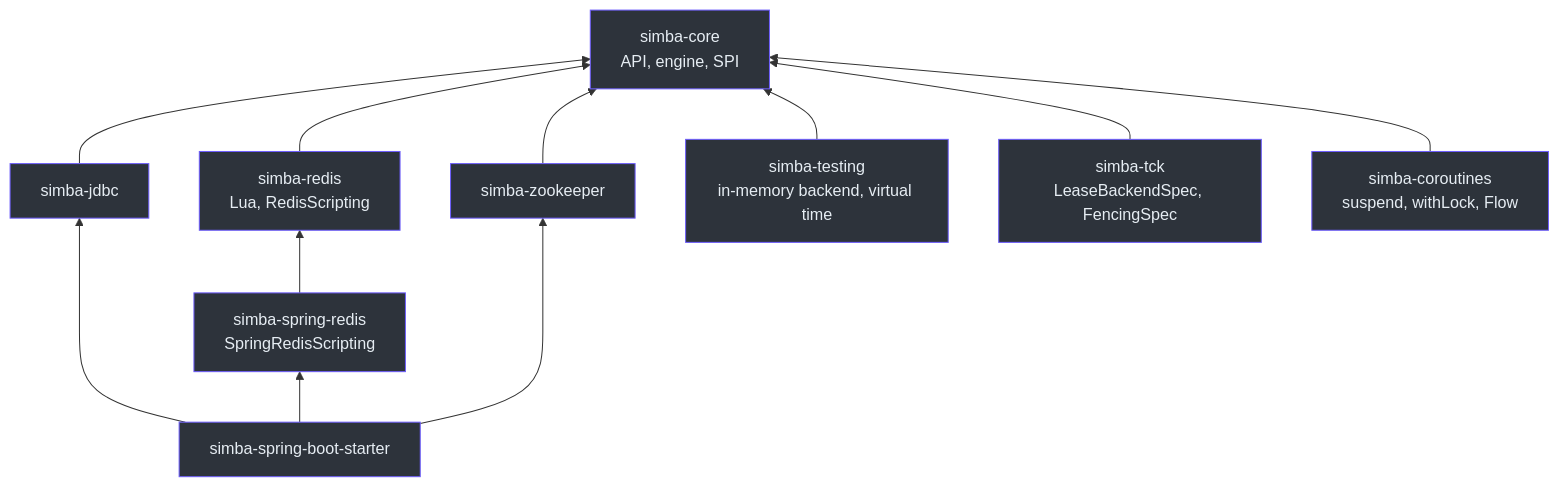
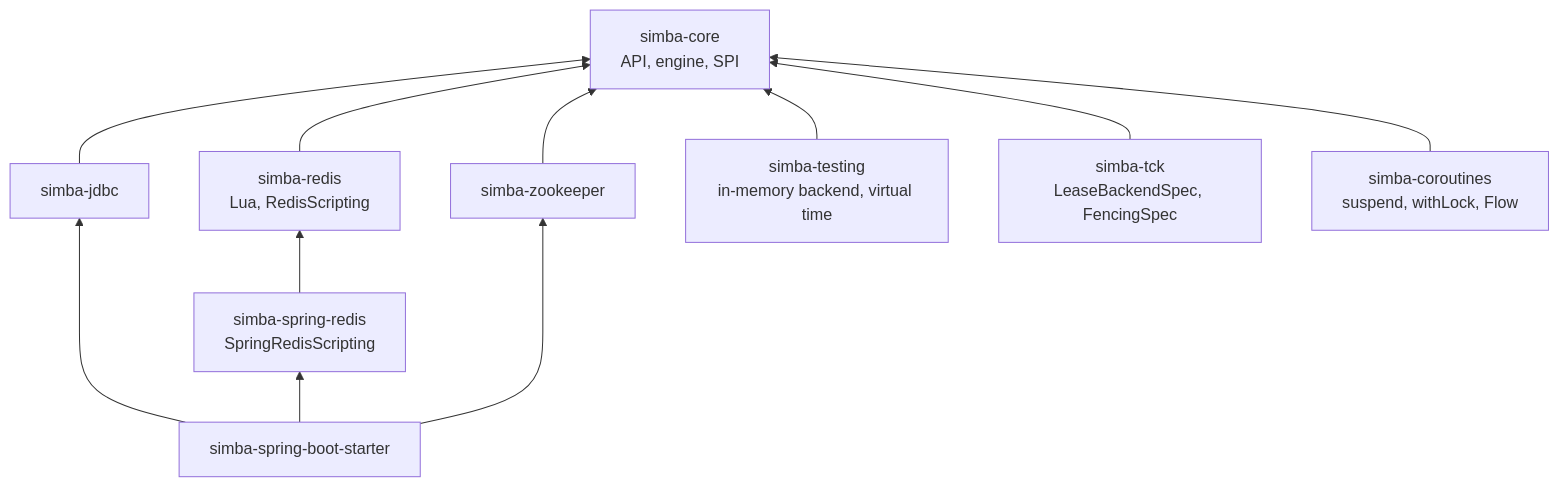
The first of 3 diagrams in wiki/architecture/index.md (Ahoo-Wang/Simba), drawn with Mermaid before and after one commit. The commit also changed other lines of this file and 49 other files, not shown here.

First line of the commit message:
docs(wiki): rewrite the docs from first principles; render Mermaid as CoCache does (#652)

````diff
--- a/wiki/architecture/index.md
+++ b/wiki/architecture/index.md
@@ -13,31 +26,22 @@
 ```mermaid
 graph BT
     core["simba-core<br>API, engine, SPI"]
     jdbc["simba-jdbc"]
     redis["simba-redis<br>Lua, RedisScripting"]
     sredis["simba-spring-redis<br>SpringRedisScripting"]
     zk["simba-zookeeper"]
     starter["simba-spring-boot-starter"]
     testing["simba-testing<br>in-memory backend, virtual time"]
     tck["simba-tck<br>LeaseBackendSpec, FencingSpec"]
     coroutines["simba-coroutines<br>suspend, withLock, Flow"]
     jdbc --> core
     redis --> core
     sredis --> redis
     zk --> core
     starter --> jdbc
     starter --> sredis
     starter --> zk
     testing --> core
     tck --> core
     coroutines --> core
-    style core fill:#2d333b,stroke:#6d5dfc,color:#e6edf3
-    style jdbc fill:#2d333b,stroke:#6d5dfc,color:#e6edf3
-    style redis fill:#2d333b,stroke:#6d5dfc,color:#e6edf3
-    style sredis fill:#2d333b,stroke:#6d5dfc,color:#e6edf3
-    style zk fill:#2d333b,stroke:#6d5dfc,color:#e6edf3
-    style starter fill:#2d333b,stroke:#6d5dfc,color:#e6edf3
-    style testing fill:#2d333b,stroke:#6d5dfc,color:#e6edf3
-    style tck fill:#2d333b,stroke:#6d5dfc,color:#e6edf3
-    style coroutines fill:#2d333b,stroke:#6d5dfc,color:#e6edf3
 ```
````
